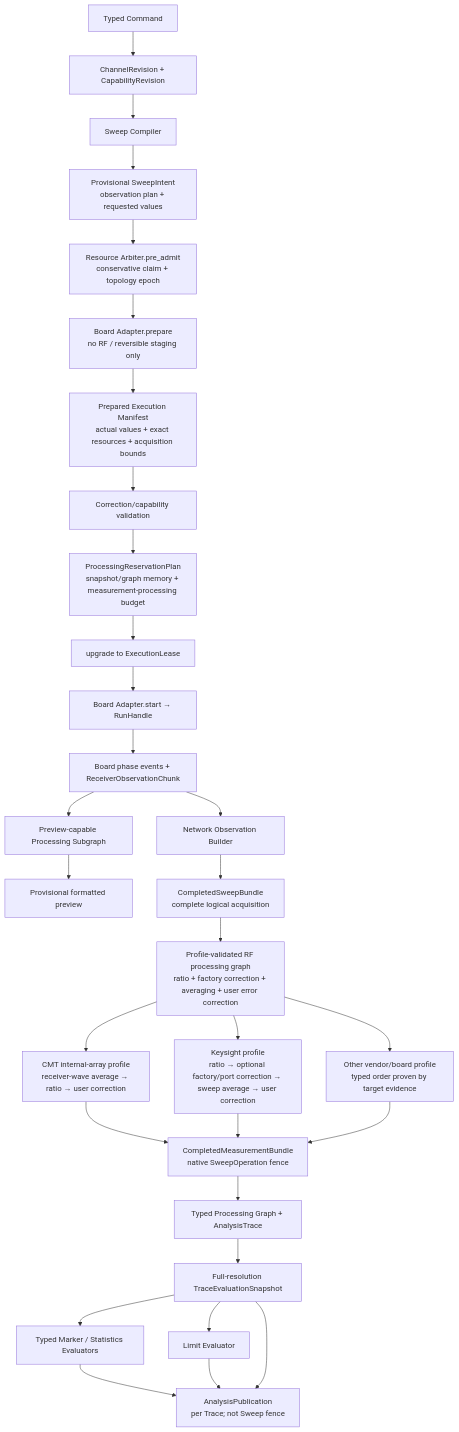
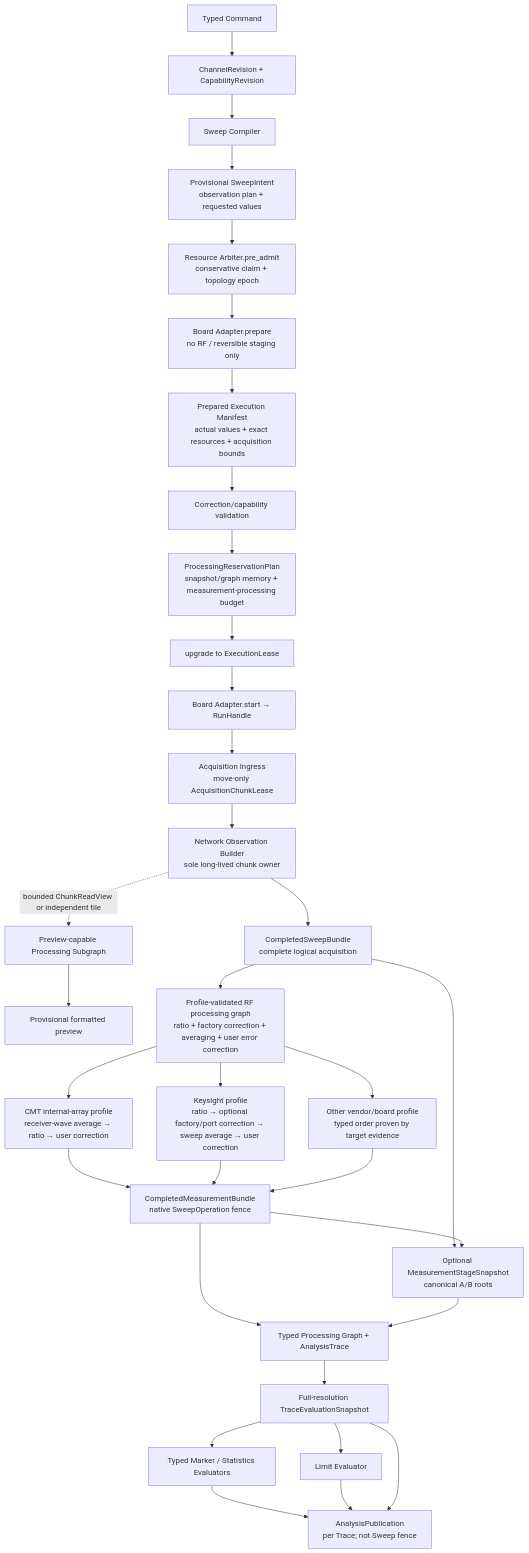
The third of 5 diagrams in docs/design/system-architecture.md (aniping/VNA), drawn with Mermaid before and after one commit. The commit also changed other lines of this file and 14 other files, not shown here.

````diff
--- a/docs/design/system-architecture.md
+++ b/docs/design/system-architecture.md
@@ -228,32 +246,35 @@
 ```mermaid
 flowchart TD
     Command["Typed Command"] --> Revision["ChannelRevision + CapabilityRevision"]
     Revision --> Compiler["Sweep Compiler"]
     Compiler --> Intent["Provisional SweepIntent<br/>observation plan + requested values"]
     Intent --> PreAdmission["Resource Arbiter.pre_admit<br/>conservative claim + topology epoch"]
     PreAdmission --> Prepare["Board Adapter.prepare<br/>no RF / reversible staging only"]
     Prepare --> Manifest["Prepared Execution Manifest<br/>actual values + exact resources + acquisition bounds"]
     Manifest --> Validate["Correction/capability validation"]
     Validate --> Reserve["ProcessingReservationPlan<br/>snapshot/graph memory + measurement-processing budget"]
     Reserve --> ExecutionLease["upgrade to ExecutionLease"]
     ExecutionLease --> Adapter["Board Adapter.start → RunHandle"]
-    Adapter --> Chunk["Board phase events + ReceiverObservationChunk"]
-    Chunk --> Preview["Preview-capable Processing Subgraph"]
+    Adapter --> Ingress["Acquisition Ingress<br/>move-only AcquisitionChunkLease"]
+    Ingress --> Builder["Network Observation Builder<br/>sole long-lived chunk owner"]
+    Builder -. "bounded ChunkReadView or independent tile" .-> Preview["Preview-capable Processing Subgraph"]
     Preview --> WebPreview["Provisional formatted preview"]
-    Chunk --> Builder["Network Observation Builder"]
     Builder --> Sweep["CompletedSweepBundle<br/>complete logical acquisition"]
     Sweep --> RfGraph["Profile-validated RF processing graph<br/>ratio + factory correction + averaging + user error correction"]
     RfGraph --> CmtFlow["CMT internal-array profile<br/>receiver-wave average → ratio → user correction"]
     RfGraph --> KeysightFlow["Keysight profile<br/>ratio → optional factory/port correction → sweep average → user correction"]
     RfGraph --> OtherFlow["Other vendor/board profile<br/>typed order proven by target evidence"]
     CmtFlow --> Base["CompletedMeasurementBundle<br/>native SweepOperation fence"]
     KeysightFlow --> Base
     OtherFlow --> Base
+    Sweep --> Stage["Optional MeasurementStageSnapshot<br/>canonical A/B roots"]
+    Base --> Stage
     Base --> Process["Typed Processing Graph + AnalysisTrace"]
+    Stage --> Process
     Process --> Trace["Full-resolution TraceEvaluationSnapshot"]
     Trace --> Marker["Typed Marker / Statistics Evaluators"]
     Trace --> Limit["Limit Evaluator"]
     Marker --> Publish["AnalysisPublication<br/>per Trace; not Sweep fence"]
     Limit --> Publish
     Trace --> Publish
 ```
````
